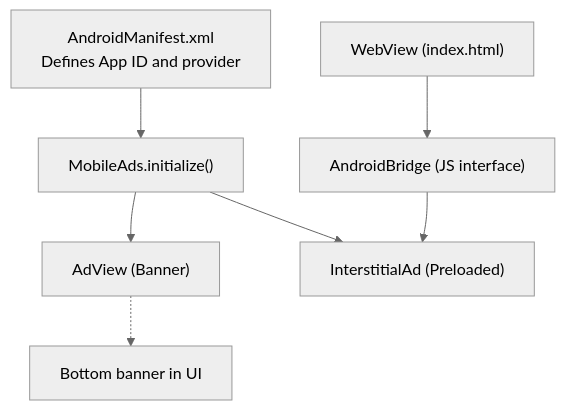
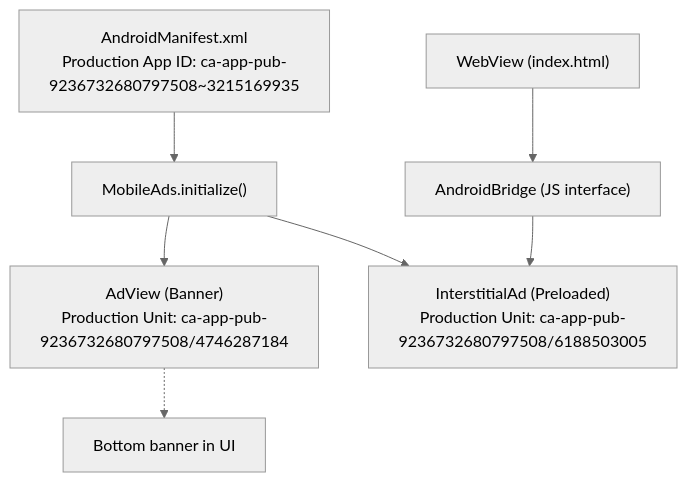
Before and after one commit to chetanck03/games: the first of 6 diagrams in .qoder/repowiki/en/content/AdMob Integration/AdMob Integration.md, drawn with Mermaid (neutral theme). The commit also changed other lines of this file and 5 other files, not shown here.

First line of the commit message:
docs(admob): update integration to use production ad unit IDs

````diff
--- a/.qoder/repowiki/en/content/AdMob Integration/AdMob Integration.md
+++ b/.qoder/repowiki/en/content/AdMob Integration/AdMob Integration.md
@@ -34,9 +41,9 @@
 ```mermaid
 graph TB
-Manifest["AndroidManifest.xml<br/>Defines App ID and provider"] --> SDK["MobileAds.initialize()"]
-SDK --> Banner["AdView (Banner)"]
-SDK --> Interstitial["InterstitialAd (Preloaded)"]
+Manifest["AndroidManifest.xml<br/>Production App ID: ca-app-pub-9236732680797508~3215169935"] --> SDK["MobileAds.initialize()"]
+SDK --> Banner["AdView (Banner)<br/>Production Unit: ca-app-pub-9236732680797508/4746287184"]
+SDK --> Interstitial["InterstitialAd (Preloaded)<br/>Production Unit: ca-app-pub-9236732680797508/6188503005"]
 WebView["WebView (index.html)"] --> Bridge["AndroidBridge (JS interface)"]
 Bridge --> Interstitial
 Banner -.-> UI["Bottom banner in UI"]
 ```
````
